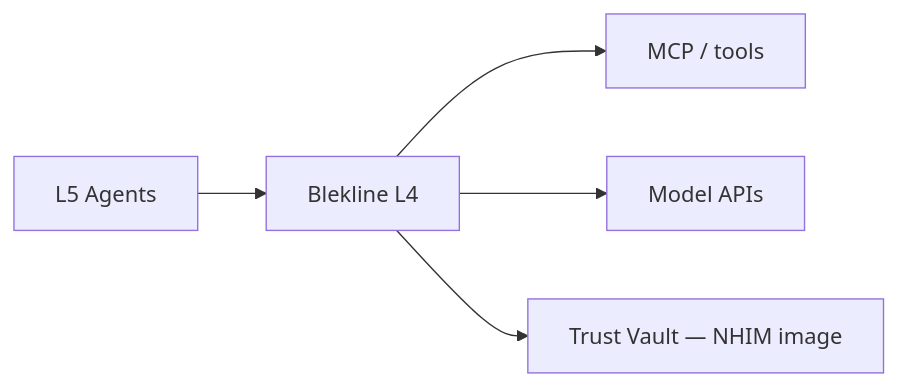
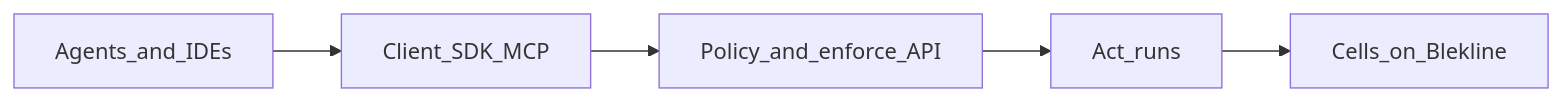
One commit to Blekline/blekline-oss changed the diagram in README.md. Above: the diagram before and after it, drawn with Mermaid. The commit also changed other lines of this file and 191 other files, not shown here.

````diff
--- a/README.md
+++ b/README.md
@@ -130,7 +63,7 @@
 ```mermaid
 flowchart LR
-  Agents[L5 Agents] --> L4[Blekline L4]
-  L4 --> MCP[MCP / tools]
-  L4 --> Models[Model APIs]
-  L4 --> Vault[Trust Vault — NHIM image]
+  Agents[Agents_and_IDEs] --> SDK[Client_SDK_MCP]
+  SDK --> PolicyAPI[Policy_and_enforce_API]
+  PolicyAPI --> Runs[Act_runs]
+  Runs --> Cells[Cells_on_Blekline]
 ```
````
